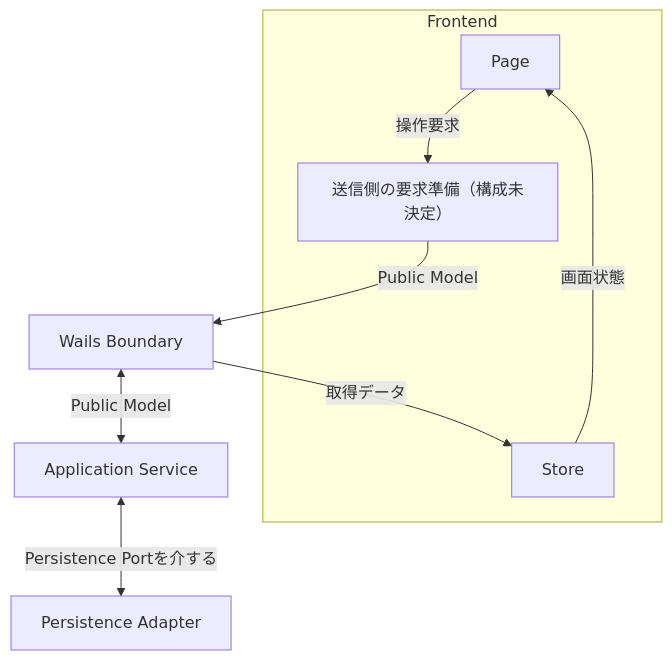
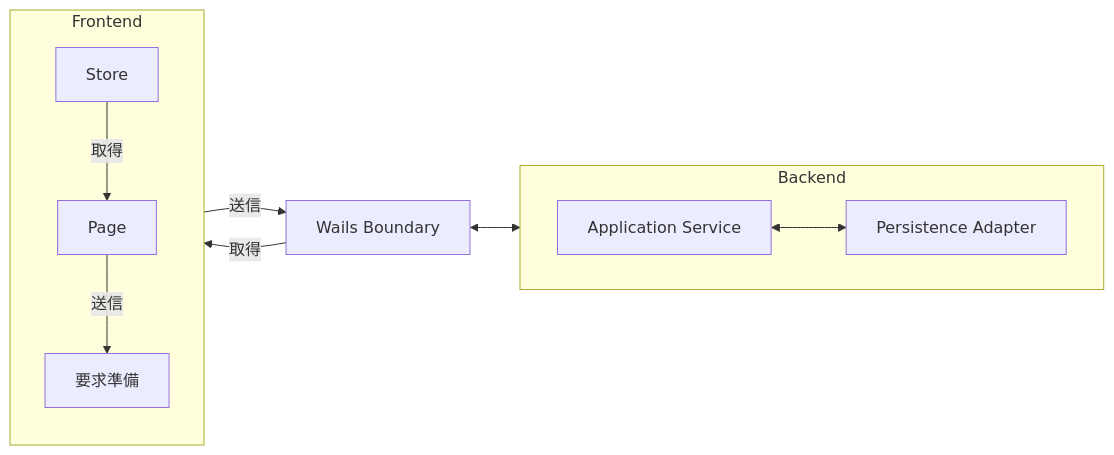
One commit to teru-0529/project-ariadne-prototype changed the diagram in docs/prototype/phase-5-windows-application-v2.md. Above: the diagram before and after it, drawn with Mermaid.

Commit message:
docs(phase5): revise architecture overview diagram

````diff
--- a/docs/prototype/phase-5-windows-application-v2.md
+++ b/docs/prototype/phase-5-windows-application-v2.md
@@ -237,22 +237,24 @@
 ```mermaid
-flowchart TB
-    Page["Page"]
-    Store["Store"]
-    Outbound["送信側の要求準備（構成未決定）"]
+flowchart LR
+    subgraph Frontend
+        direction TB
+        Store["Store"]
+        Page["Page"]
+        Outbound["要求準備"]
+        Store -->|取得| Page
+        Page -->|送信| Outbound
+    end
+
     WB["Wails Boundary"]
-    AS["Application Service"]
-    PA["Persistence Adapter"]
 
-    WB -->|取得データ| Store
-    Store -->|画面状態| Page
-    Page -->|操作要求| Outbound
-    Outbound -->|Public Model| WB
-    WB <-->|Public Model| AS
-    AS <-->|Persistence Portを介する| PA
+    subgraph Backend
+        direction LR
+        AS["Application Service"]
+        PA["Persistence Adapter"]
+        AS <--> PA
+    end
 
-    subgraph Frontend
-        Page
-        Store
-        Outbound
-    end
+    WB -->|取得| Store
+    Outbound -->|送信| WB
+    WB <--> AS
 ```
````
